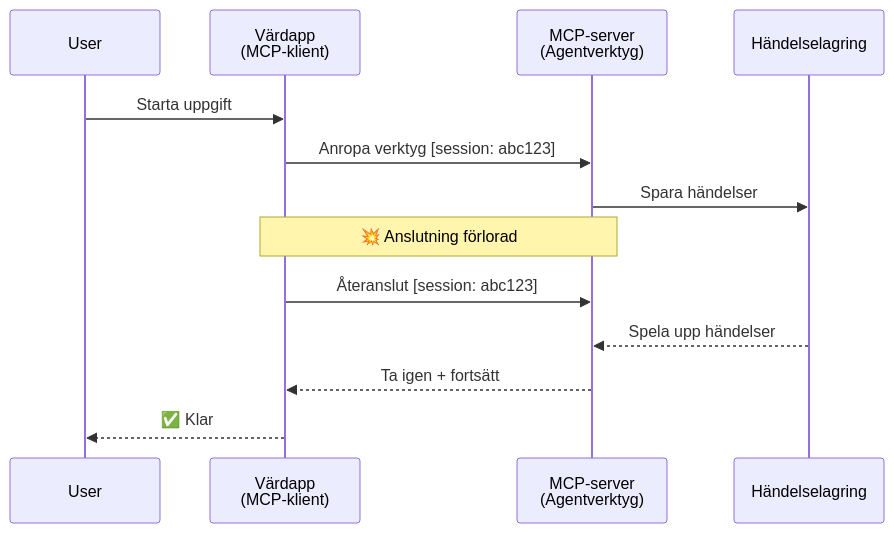
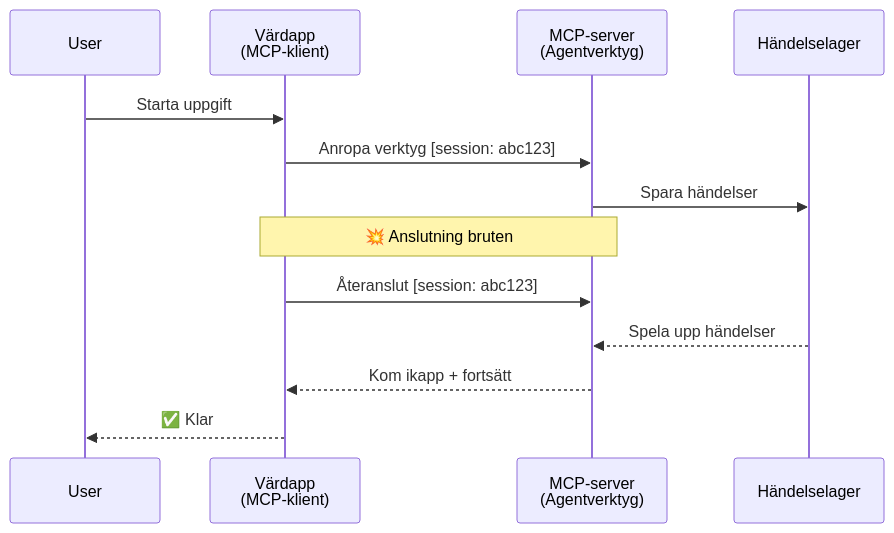
The second of 5 diagrams in mirrors/repos/microsoft@ai-agents-for-beginners/translations/sv/11-agentic-protocols/code_samples/mcp-agents/README.md (gabrielmoreira/agent-skills-mirror), drawn with Mermaid before and after one commit. The commit also changed other lines of this file and 4262 other files, not shown here.

````diff
--- a/mirrors/repos/microsoft@ai-agents-for-beginners/translations/sv/11-agentic-protocols/code_samples/mcp-agents/README.md
+++ b/mirrors/repos/microsoft@ai-agents-for-beginners/translations/sv/11-agentic-protocols/code_samples/mcp-agents/README.md
@@ -82,18 +82,18 @@
 ```mermaid
 sequenceDiagram
     participant User
     participant Host as Värdapp<br/>(MCP-klient)
     participant Server as MCP-server<br/>(Agentverktyg)
-    participant Store as Händelselagring
+    participant Store as Händelselager
 
     User->>Host: Starta uppgift
     Host->>Server: Anropa verktyg [session: abc123]
     Server->>Store: Spara händelser
 
-    Note over Host,Server: 💥 Anslutning förlorad
+    Note over Host,Server: 💥 Anslutning bruten
 
     Host->>Server: Återanslut [session: abc123]
     Store-->>Server: Spela upp händelser
-    Server-->>Host: Ta igen + fortsätt
+    Server-->>Host: Kom ikapp + fortsätt
     Host-->>User: ✅ Klar
 ```
````
